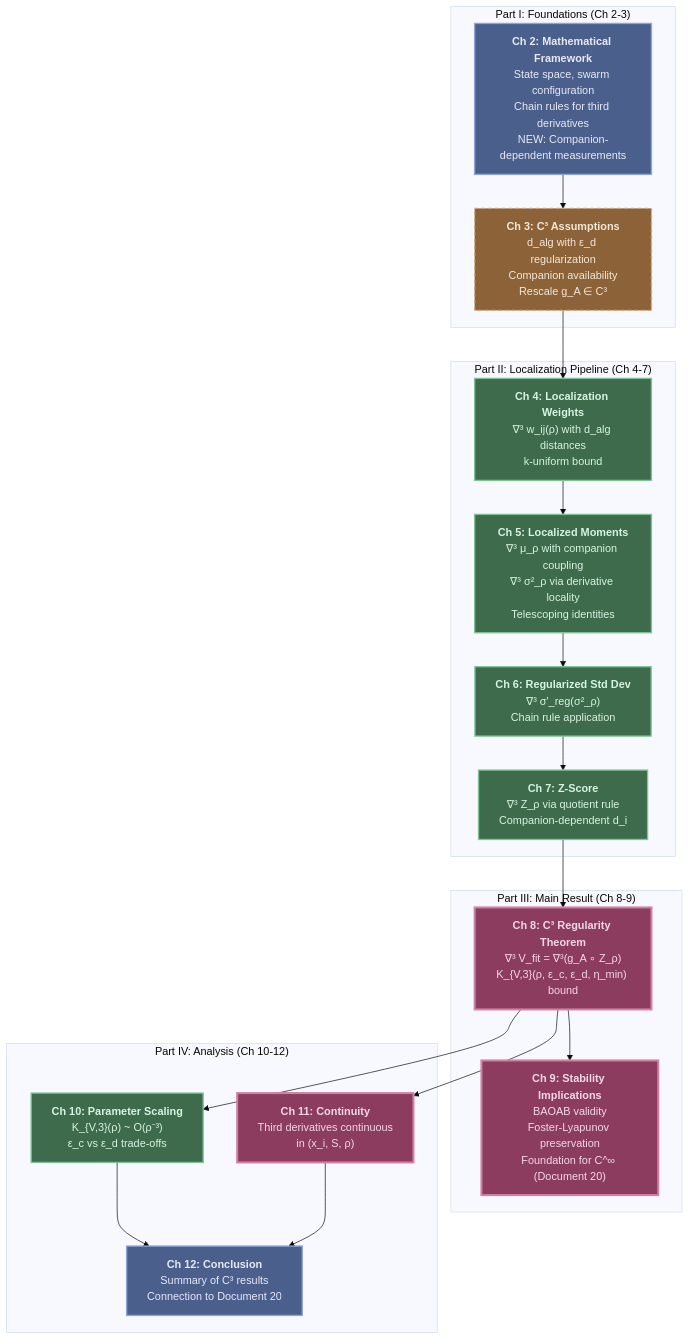
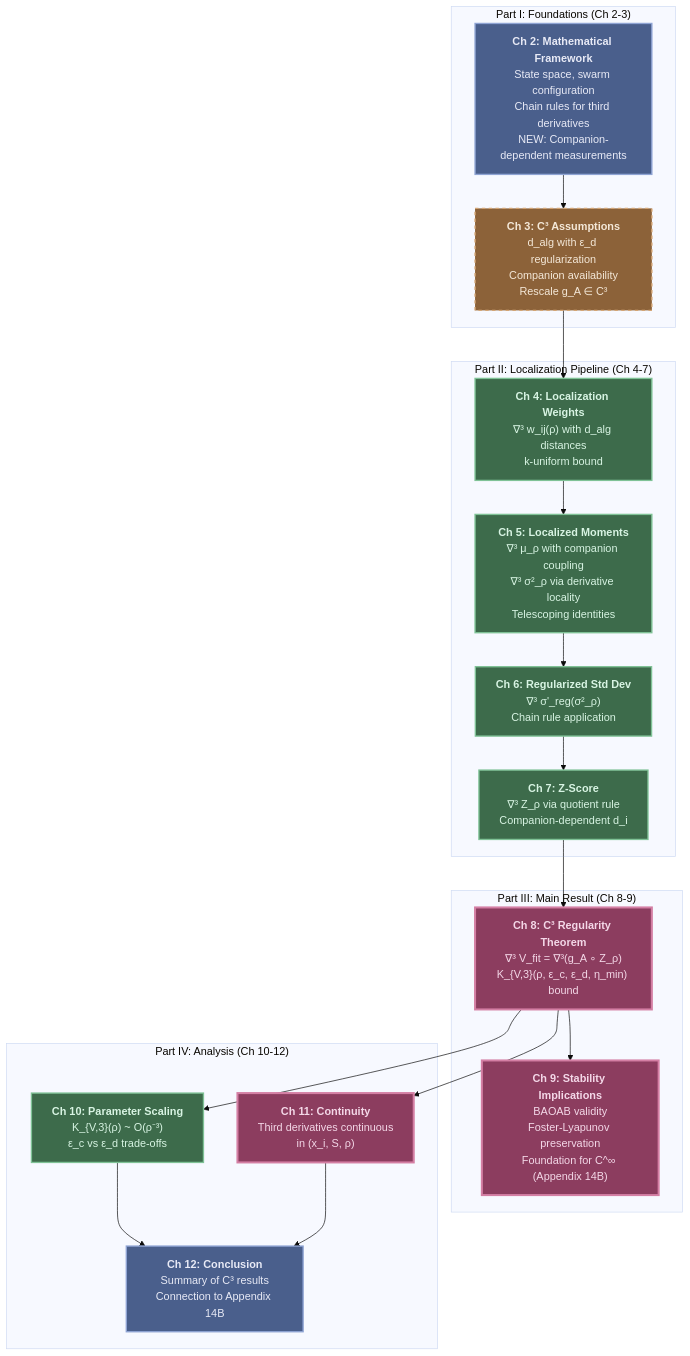
One commit to FragileTech/fragile changed the diagram in docs/source/3_fractal_gas/appendices/14_a_geometric_gas_c3_regularity.md. Above: the diagram before and after it, drawn with Mermaid (base theme). The commit also changed other lines of this file and 21 other files, not shown here.

````diff
--- a/docs/source/3_fractal_gas/appendices/14_a_geometric_gas_c3_regularity.md
+++ b/docs/source/3_fractal_gas/appendices/14_a_geometric_gas_c3_regularity.md
@@ -259,42 +260,42 @@
 ```{mermaid}
 graph TD
     subgraph "Part I: Foundations (Ch 2-3)"
         A["<b>Ch 2: Mathematical Framework</b><br>State space, swarm configuration<br>Chain rules for third derivatives<br>NEW: Companion-dependent measurements"]:::stateStyle
         B["<b>Ch 3: C³ Assumptions</b><br>d_alg with ε_d regularization<br>Companion availability<br>Rescale g_A ∈ C³"]:::axiomStyle
     end
 
     subgraph "Part II: Localization Pipeline (Ch 4-7)"
         C["<b>Ch 4: Localization Weights</b><br>∇³ w_ij(ρ) with d_alg distances<br>k-uniform bound"]:::lemmaStyle
         D["<b>Ch 5: Localized Moments</b><br>∇³ μ_ρ with companion coupling<br>∇³ σ²_ρ via derivative locality<br>Telescoping identities"]:::lemmaStyle
         E["<b>Ch 6: Regularized Std Dev</b><br>∇³ σ'_reg(σ²_ρ)<br>Chain rule application"]:::lemmaStyle
         F["<b>Ch 7: Z-Score</b><br>∇³ Z_ρ via quotient rule<br>Companion-dependent d_i"]:::lemmaStyle
     end
 
     subgraph "Part III: Main Result (Ch 8-9)"
         G["<b>Ch 8: C³ Regularity Theorem</b><br>∇³ V_fit = ∇³(g_A ∘ Z_ρ)<br>K_{V,3}(ρ, ε_c, ε_d, η_min) bound"]:::theoremStyle
-        H["<b>Ch 9: Stability Implications</b><br>BAOAB validity<br>Foster-Lyapunov preservation<br>Foundation for C^∞ (Document 20)"]:::theoremStyle
+        H["<b>Ch 9: Stability Implications</b><br>BAOAB validity<br>Foster-Lyapunov preservation<br>Foundation for C^∞ (Appendix 14B)"]:::theoremStyle
     end
 
     subgraph "Part IV: Analysis (Ch 10-12)"
         I["<b>Ch 10: Parameter Scaling</b><br>K_{V,3}(ρ) ~ O(ρ⁻³)<br>ε_c vs ε_d trade-offs"]:::lemmaStyle
         J["<b>Ch 11: Continuity</b><br>Third derivatives continuous<br>in (x_i, S, ρ)"]:::theoremStyle
-        K["<b>Ch 12: Conclusion</b><br>Summary of C³ results<br>Connection to Document 20"]:::stateStyle
+        K["<b>Ch 12: Conclusion</b><br>Summary of C³ results<br>Connection to Appendix 14B"]:::stateStyle
     end
 
     A --> B
     B --> C
     C --> D
     D --> E
     E --> F
     F --> G
     G --> H
     G --> I
     G --> J
     I --> K
     J --> K
 
     classDef stateStyle fill:#4a5f8c,stroke:#8fa4d4,stroke-width:2px,color:#e8eaf6
     classDef axiomStyle fill:#8c6239,stroke:#d4a574,stroke-width:2px,stroke-dasharray: 5 5,color:#f4e8d8
     classDef lemmaStyle fill:#3d6b4b,stroke:#7fc296,stroke-width:2px,color:#d8f4e3
     classDef theoremStyle fill:#8c3d5f,stroke:#d47fa4,stroke-width:3px,color:#f4d8e8
 ```
````
